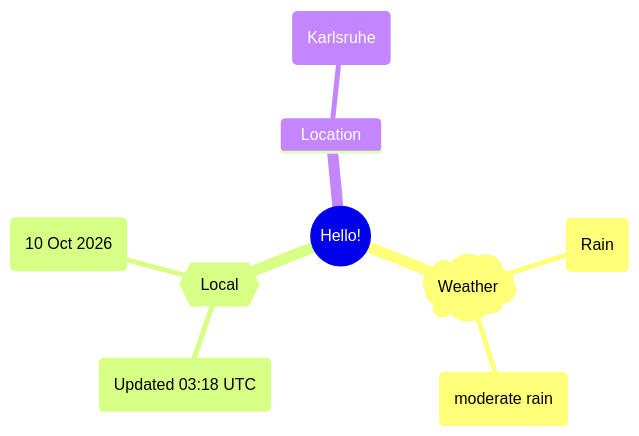
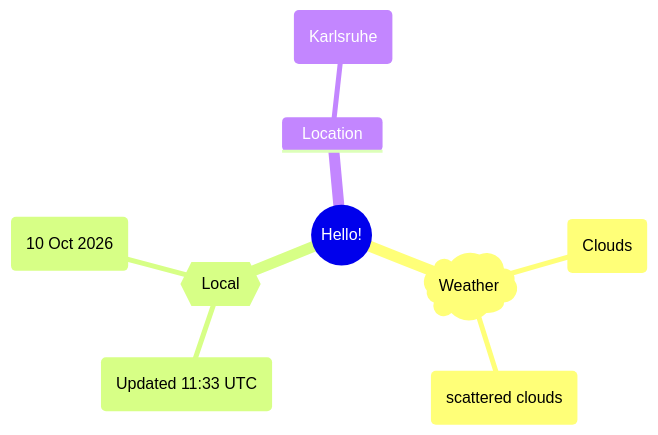
Before and after one commit to Xosrov/Xosrov: the first of 2 diagrams in README.md, drawn with Mermaid.

Commit message:
[bot] updated images

````diff
--- a/README.md
+++ b/README.md
@@ -3,12 +3,12 @@
 ```mermaid
 mindmap
   root((Hello!))
     )Weather(
-        (Rain)
-        (moderate rain)
+        (Clouds)
+        (scattered clouds)
     {{Local}}
-        (Updated 03:18 UTC)
+        (Updated 11:33 UTC)
         (10 Oct 2026)
     Location
         (Karlsruhe)
 ```
````
